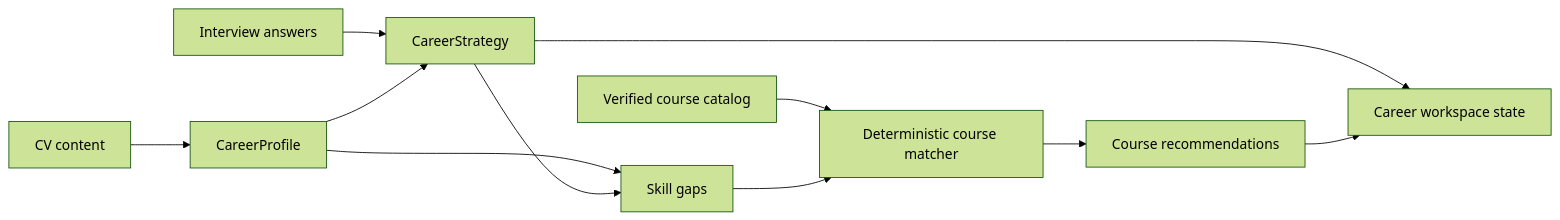
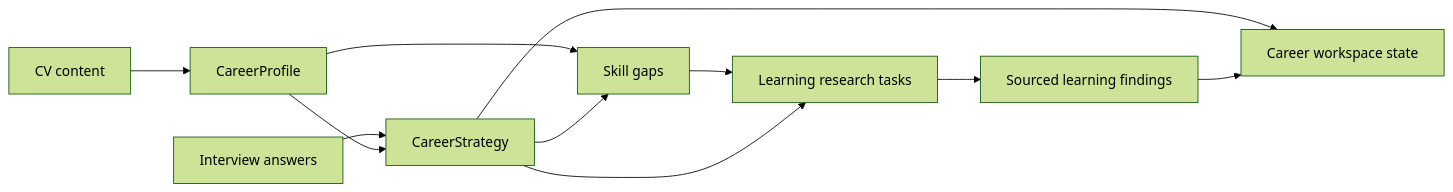
One commit to iliketurtles1-2-3/What-now- changed the second of 2 diagrams in docs/PRODUCT_ARCHITECTURE.md. Above: the diagram before and after it, drawn with Mermaid (forest theme). The commit also changed other lines of this file and 14 other files, not shown here.

Commit message:
replace-course-catalog-with-learning-research

````diff
--- a/docs/PRODUCT_ARCHITECTURE.md
+++ b/docs/PRODUCT_ARCHITECTURE.md
@@ -190,13 +180,13 @@
 ```mermaid
 flowchart LR
     CV[CV content] --> Profile[CareerProfile]
     Interview[Interview answers] --> Strategy[CareerStrategy]
     Profile --> Strategy
     Profile --> Gaps[Skill gaps]
     Strategy --> Gaps
-    Catalog[Verified course catalog] --> Matcher[Deterministic course matcher]
-    Gaps --> Matcher
-    Matcher --> Recommendations[Course recommendations]
+    Gaps --> Research[Learning research tasks]
+    Strategy --> Research
+    Research --> Recommendations[Sourced learning findings]
     Strategy --> Workspace[Career workspace state]
     Recommendations --> Workspace
 ```
````
